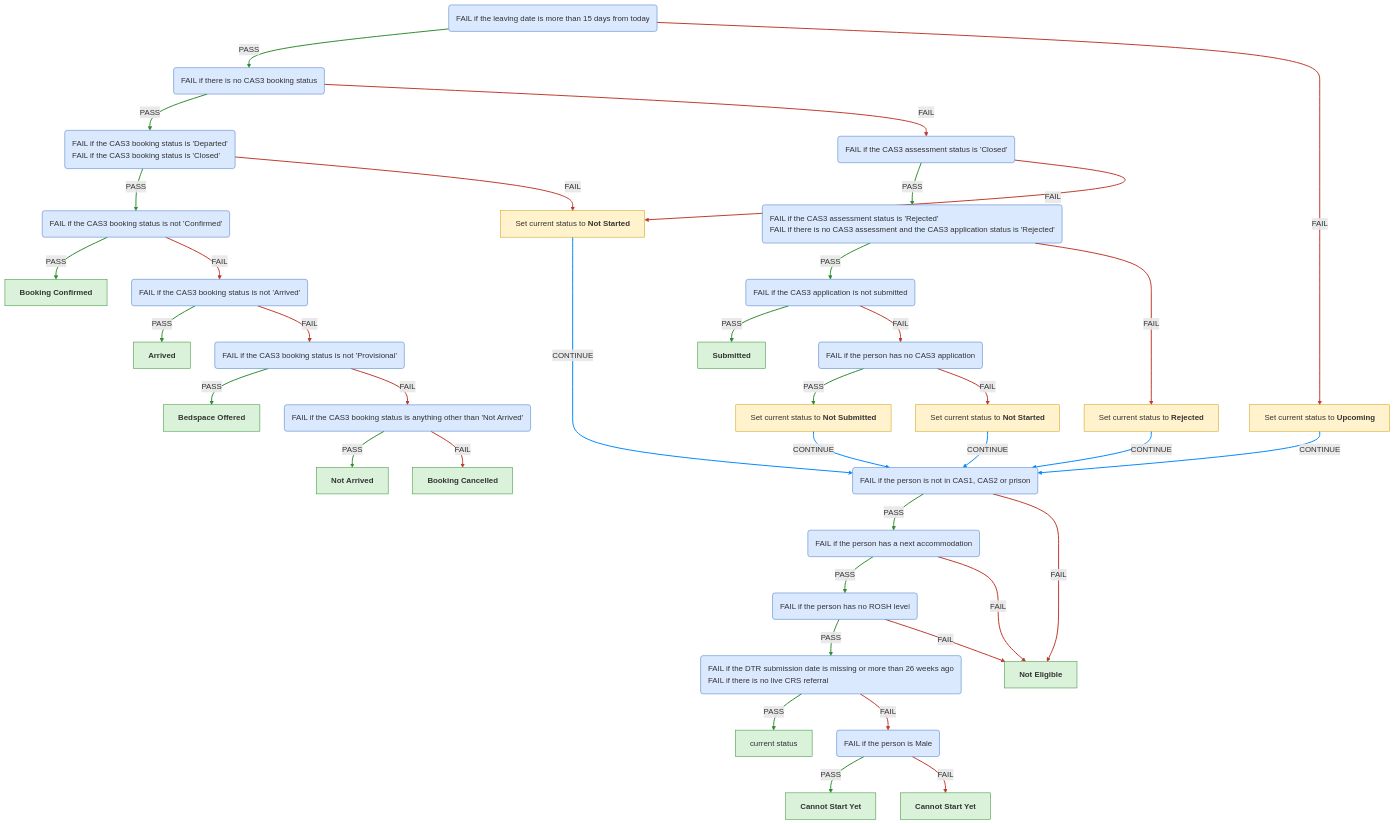
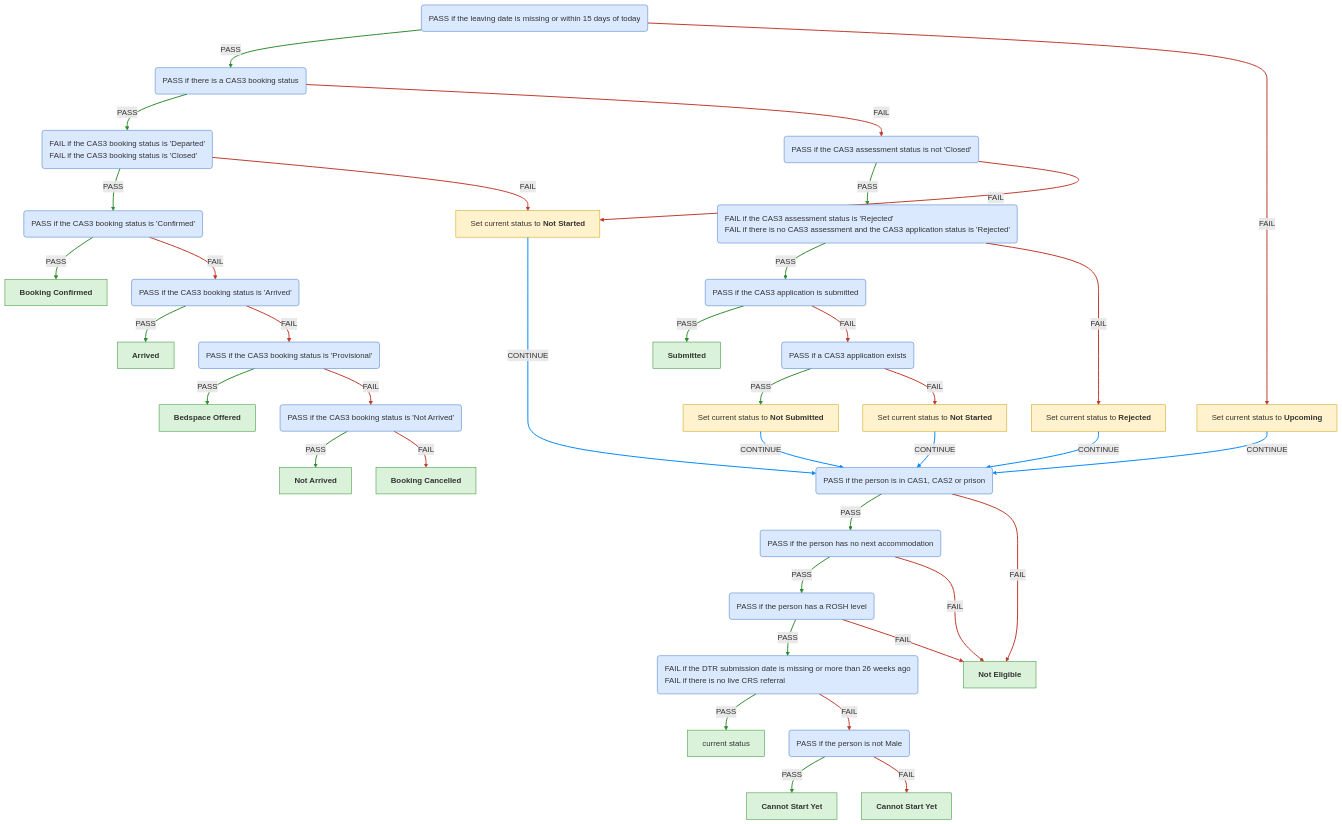
The third of 6 diagrams in docs/eligibility-rules-graph.md (ministryofjustice/hmpps-single-accommodation-service-api), drawn with Mermaid before and after one commit. The commit also changed other lines of this file and 14 other files, not shown here.

Commit message:
chore/SAS-1703-Adjust-layout-of-graphs-to-make-them-more-user-friendly

````diff
--- a/docs/eligibility-rules-graph.md
+++ b/docs/eligibility-rules-graph.md
@@ -450,36 +450,36 @@
 ```mermaid
 %%{init: {"flowchart": {"wrappingWidth": 800}}}%%
 flowchart TD
-  PASS_if_the_leaving_date_is_missing_or_within_15_days_of_today("<div style='text-align:left'>FAIL if the leaving date is more than 15 days from today</div>")
-  PASS_if_there_is_a_CAS3_booking_status("<div style='text-align:left'>FAIL if there is no CAS3 booking status</div>")
+  PASS_if_the_leaving_date_is_missing_or_within_15_days_of_today("<div style='text-align:left'>PASS if the leaving date is missing or within 15 days of today</div>")
+  PASS_if_there_is_a_CAS3_booking_status("<div style='text-align:left'>PASS if there is a CAS3 booking status</div>")
   PASS_if_the_CAS3_booking_status_is_not__Departed__or__Closed_("<div style='text-align:left'>FAIL if the CAS3 booking status is 'Departed'
 FAIL if the CAS3 booking status is 'Closed'</div>")
-  PASS_if_the_CAS3_booking_status_is__Confirmed_("<div style='text-align:left'>FAIL if the CAS3 booking status is not 'Confirmed'</div>")
+  PASS_if_the_CAS3_booking_status_is__Confirmed_("<div style='text-align:left'>PASS if the CAS3 booking status is 'Confirmed'</div>")
   CAS3_BOOKING_CONFIRMED["<b>Booking Confirmed</b>"]
-  PASS_if_the_CAS3_booking_status_is__Arrived_("<div style='text-align:left'>FAIL if the CAS3 booking status is not 'Arrived'</div>")
+  PASS_if_the_CAS3_booking_status_is__Arrived_("<div style='text-align:left'>PASS if the CAS3 booking status is 'Arrived'</div>")
   CAS3_ARRIVED["<b>Arrived</b>"]
-  PASS_if_the_CAS3_booking_status_is__Provisional_("<div style='text-align:left'>FAIL if the CAS3 booking status is not 'Provisional'</div>")
+  PASS_if_the_CAS3_booking_status_is__Provisional_("<div style='text-align:left'>PASS if the CAS3 booking status is 'Provisional'</div>")
   CAS3_BEDSPACE_OFFERED["<b>Bedspace Offered</b>"]
-  PASS_if_the_CAS3_booking_status_is__Not_Arrived_("<div style='text-align:left'>FAIL if the CAS3 booking status is anything other than 'Not Arrived'</div>")
+  PASS_if_the_CAS3_booking_status_is__Not_Arrived_("<div style='text-align:left'>PASS if the CAS3 booking status is 'Not Arrived'</div>")
   CAS3_NOT_ARRIVED["<b>Not Arrived</b>"]
   CAS3_BOOKING_CANCELLED["<b>Booking Cancelled</b>"]
-  PASS_if_the_person_is_in_CAS1__CAS2_or_prison("<div style='text-align:left'>FAIL if the person is not in CAS1, CAS2 or prison</div>")
-  PASS_if_the_person_has_no_next_accommodation("<div style='text-align:left'>FAIL if the person has a next accommodation</div>")
-  PASS_if_the_person_has_a_ROSH_level("<div style='text-align:left'>FAIL if the person has no ROSH level</div>")
+  PASS_if_the_person_is_in_CAS1__CAS2_or_prison("<div style='text-align:left'>PASS if the person is in CAS1, CAS2 or prison</div>")
+  PASS_if_the_person_has_no_next_accommodation("<div style='text-align:left'>PASS if the person has no next accommodation</div>")
+  PASS_if_the_person_has_a_ROSH_level("<div style='text-align:left'>PASS if the person has a ROSH level</div>")
   PASS_if_the_DTR_was_submitted_in_the_last_26_weeks_and_there_is_a_live_CRS_referral("<div style='text-align:left'>FAIL if the DTR submission date is missing or more than 26 weeks ago
 FAIL if there is no live CRS referral</div>")
   confirmed["current status"]
-  PASS_if_the_person_is_not_Male("<div style='text-align:left'>FAIL if the person is Male</div>")
+  PASS_if_the_person_is_not_Male("<div style='text-align:left'>PASS if the person is not Male</div>")
   outcome_Cas3CannotStartNotMaleContextUpdater["<b>Cannot Start Yet</b>"]
   outcome_Cas3CannotStartMaleContextUpdater["<b>Cannot Start Yet</b>"]
   CAS3_NOT_ELIGIBLE["<b>Not Eligible</b>"]
   updater_Cas3NotStartedNewContextUpdater_PASS_if_the_person_is_in_CAS1__CAS2_or_prison["Set current status to <b>Not Started</b>"]
-  PASS_if_the_CAS3_assessment_status_is_not__Closed_("<div style='text-align:left'>FAIL if the CAS3 assessment status is 'Closed'</div>")
+  PASS_if_the_CAS3_assessment_status_is_not__Closed_("<div style='text-align:left'>PASS if the CAS3 assessment status is not 'Closed'</div>")
   PASS_if_the_CAS3_referral_has_not_been_rejected("<div style='text-align:left'>FAIL if the CAS3 assessment status is 'Rejected'
 FAIL if there is no CAS3 assessment and the CAS3 application status is 'Rejected'</div>")
-  PASS_if_the_CAS3_application_is_submitted("<div style='text-align:left'>FAIL if the CAS3 application is not submitted</div>")
+  PASS_if_the_CAS3_application_is_submitted("<div style='text-align:left'>PASS if the CAS3 application is submitted</div>")
   CAS3_SUBMITTED["<b>Submitted</b>"]
-  PASS_if_a_CAS3_application_exists("<div style='text-align:left'>FAIL if the person has no CAS3 application</div>")
+  PASS_if_a_CAS3_application_exists("<div style='text-align:left'>PASS if a CAS3 application exists</div>")
   updater_Cas3NotSubmittedContextUpdater_PASS_if_the_person_is_in_CAS1__CAS2_or_prison["Set current status to <b>Not Submitted</b>"]
   updater_Cas3NotStartedContextUpdater_PASS_if_the_person_is_in_CAS1__CAS2_or_prison["Set current status to <b>Not Started</b>"]
   updater_Cas3RejectedContextUpdater_PASS_if_the_person_is_in_CAS1__CAS2_or_prison["Set current status to <b>Rejected</b>"]
````
